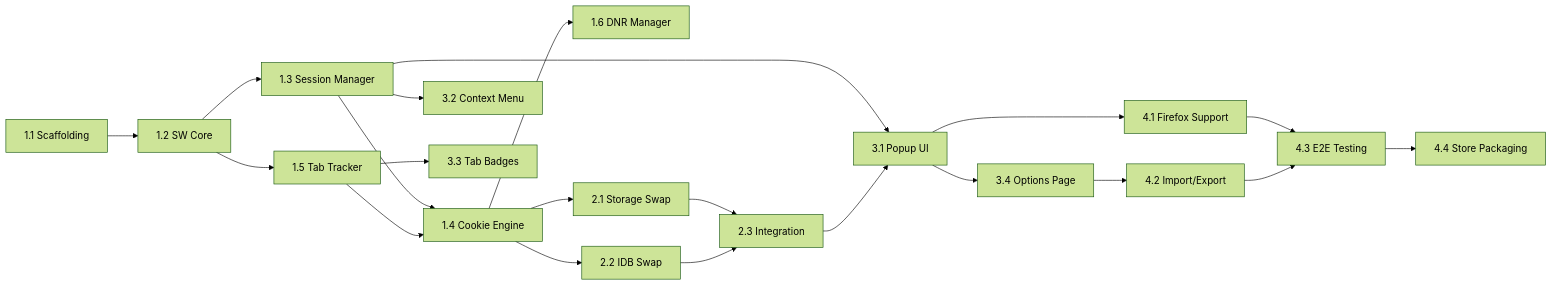
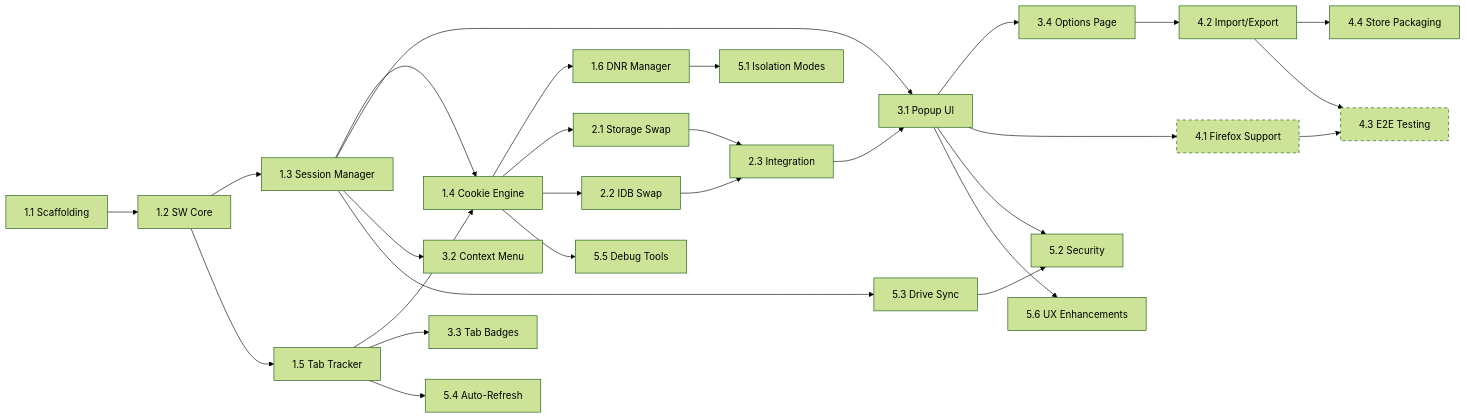
One commit to msaidbilgehan/unaware-sessions-browser-extension changed the second of 2 diagrams in Docs/3-implementation-Plan.md. Above: the diagram before and after it, drawn with Mermaid (forest theme). The commit also changed other lines of this file and 5 other files, not shown here.

````diff
--- a/Docs/3-implementation-Plan.md
+++ b/Docs/3-implementation-Plan.md
@@ -293,26 +409,37 @@
 ```mermaid
 graph LR
     P1A[1.1 Scaffolding] --> P1B[1.2 SW Core]
     P1B --> P1C[1.3 Session Manager]
     P1B --> P1E[1.5 Tab Tracker]
     P1C --> P1D[1.4 Cookie Engine]
     P1E --> P1D
     P1D --> P1F[1.6 DNR Manager]
 
     P1D --> P2A[2.1 Storage Swap]
     P1D --> P2B[2.2 IDB Swap]
     P2A --> P2C[2.3 Integration]
     P2B --> P2C
 
     P1C --> P3A[3.1 Popup UI]
     P2C --> P3A
     P1C --> P3B[3.2 Context Menu]
     P1E --> P3C[3.3 Tab Badges]
     P3A --> P3D[3.4 Options Page]
 
+    P3D --> P4B[4.2 Import/Export]
+    P4B --> P4D[4.4 Store Packaging]
     P3A --> P4A[4.1 Firefox Support]
-    P3D --> P4B[4.2 Import/Export]
     P4A --> P4C[4.3 E2E Testing]
     P4B --> P4C
-    P4C --> P4D[4.4 Store Packaging]
+
+    P1F --> P5A[5.1 Isolation Modes]
+    P3A --> P5B[5.2 Security]
+    P1C --> P5C[5.3 Drive Sync]
+    P5C --> P5B
+    P1E --> P5D[5.4 Auto-Refresh]
+    P1D --> P5E[5.5 Debug Tools]
+    P3A --> P5F[5.6 UX Enhancements]
+
+    style P4A stroke-dasharray: 5 5
+    style P4C stroke-dasharray: 5 5
 ```
````
